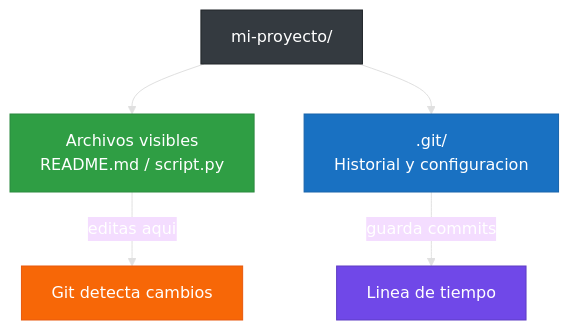
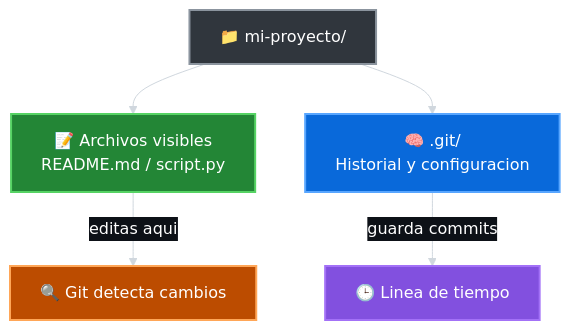
One commit to 7on2/curso-git-github-desde-cero changed the fifth of 9 diagrams in README.md. Above: the diagram before and after it, drawn with Mermaid. The commit also changed other lines of this file, not shown here.

Commit message:
Mejora colores e iconos de diagramas Mermaid

````diff
--- a/README.md
+++ b/README.md
@@ -594,14 +594,14 @@
 ```mermaid
-%%{init: {'theme': 'base', 'themeVariables': {'primaryTextColor': '#fff', 'lineColor': '#e0e0e0'}}}%%
+%%{init: {'theme': 'base', 'themeVariables': {'primaryTextColor': '#ffffff', 'secondaryTextColor': '#ffffff', 'tertiaryTextColor': '#ffffff', 'lineColor': '#d0d7de', 'edgeLabelBackground': '#0d1117', 'fontFamily': 'Arial'}}}%%
 flowchart TB
-    Repo[mi-proyecto/] --> Visible[Archivos visibles\nREADME.md / script.py]
-    Repo --> GitFolder[.git/\nHistorial y configuracion]
-    Visible -->|editas aqui| Cambios[Git detecta cambios]
-    GitFolder -->|guarda commits| Historial[Linea de tiempo]
+    Repo[📁 mi-proyecto/] --> Visible[📝 Archivos visibles\nREADME.md / script.py]
+    Repo --> GitFolder[🧠 .git/\nHistorial y configuracion]
+    Visible -->|editas aqui| Cambios[🔍 Git detecta cambios]
+    GitFolder -->|guarda commits| Historial[🕒 Linea de tiempo]
 
-    style Repo fill:#343a40,stroke:#212529,color:#fff
-    style Visible fill:#2f9e44,stroke:#2b8a3e,color:#fff
-    style GitFolder fill:#1971c2,stroke:#1864ab,color:#fff
-    style Cambios fill:#f76707,stroke:#e8590c,color:#fff
-    style Historial fill:#7048e8,stroke:#5f3dc4,color:#fff
+    style Repo fill:#30363d,stroke:#8b949e,stroke-width:2px,color:#ffffff
+    style Visible fill:#238636,stroke:#56d364,stroke-width:2px,color:#ffffff
+    style GitFolder fill:#0969da,stroke:#58a6ff,stroke-width:2px,color:#ffffff
+    style Cambios fill:#bc4c00,stroke:#ffa657,stroke-width:2px,color:#ffffff
+    style Historial fill:#8250df,stroke:#a371f7,stroke-width:2px,color:#ffffff
 ```
````
